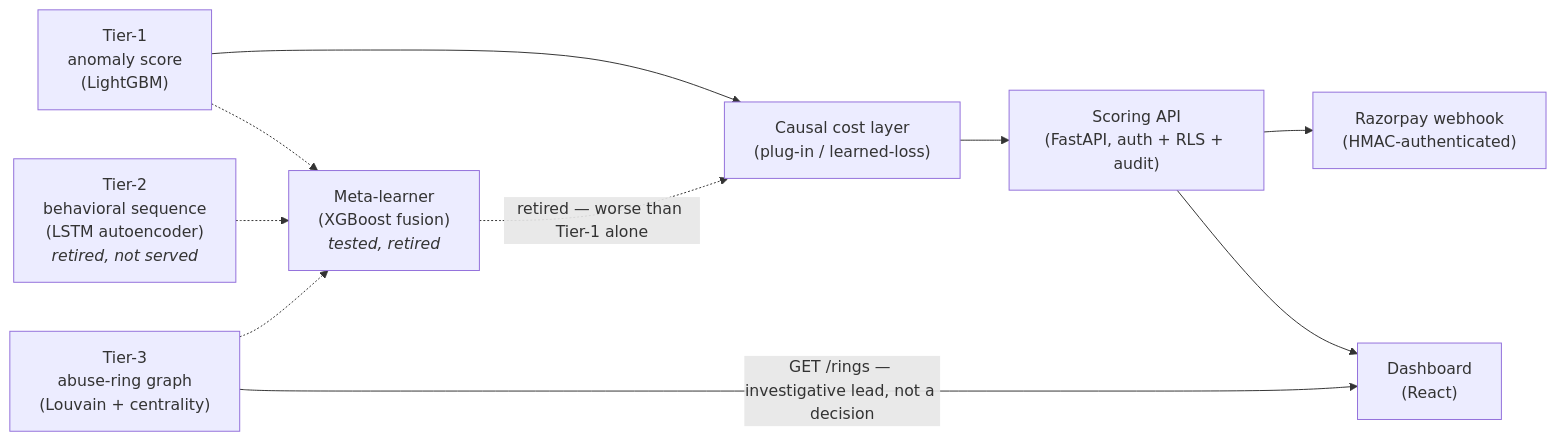
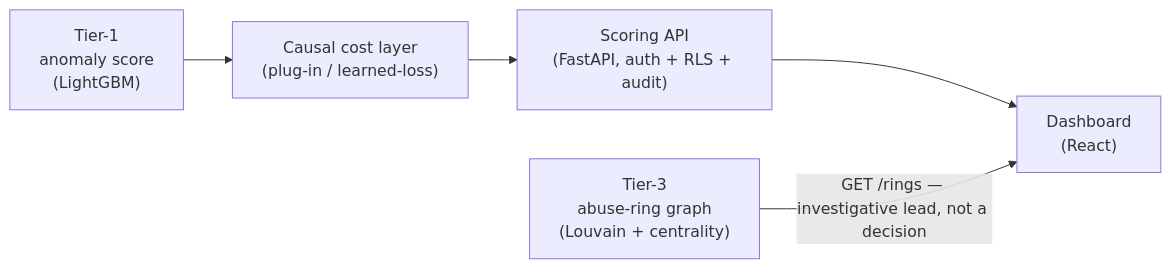
Before and after one commit to DharshanKumar1010/ai-risk-manager: the diagram in README.md, drawn with Mermaid. The commit also changed other lines of this file, not shown here.

````diff
--- a/README.md
+++ b/README.md
@@ -39,21 +32,11 @@
 ```mermaid
 flowchart LR
     T1["Tier-1<br/>anomaly score<br/>(LightGBM)"]
-    T2["Tier-2<br/>behavioral sequence<br/>(LSTM autoencoder)<br/><i>retired, not served</i>"]
-    ML["Meta-learner<br/>(XGBoost fusion)<br/><i>tested, retired</i>"]
     CC["Causal cost layer<br/>(plug-in / learned-loss)"]
     API["Scoring API<br/>(FastAPI, auth + RLS + audit)"]
-    WH["Razorpay webhook<br/>(HMAC-authenticated)"]
     T3["Tier-3<br/>abuse-ring graph<br/>(Louvain + centrality)"]
     DASH["Dashboard<br/>(React)"]
 
-    T1 --> CC
-    T1 -.-> ML
-    T2 -.-> ML
-    T3 -.-> ML
-    ML -.->|"retired — worse than Tier-1 alone"| CC
-    CC --> API
-    API --> WH
-    API --> DASH
+    T1 --> CC --> API --> DASH
     T3 -->|"GET /rings — investigative lead, not a decision"| DASH
 ```
````
